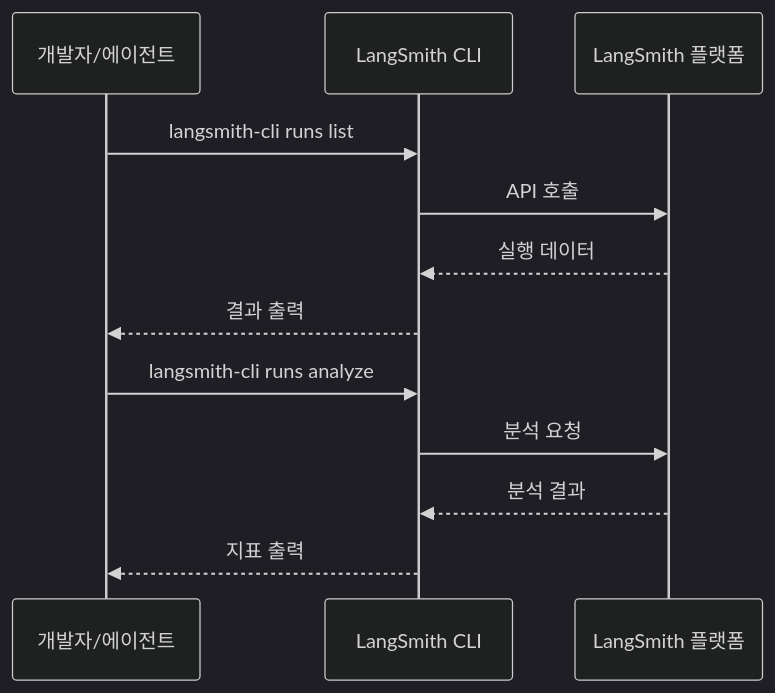
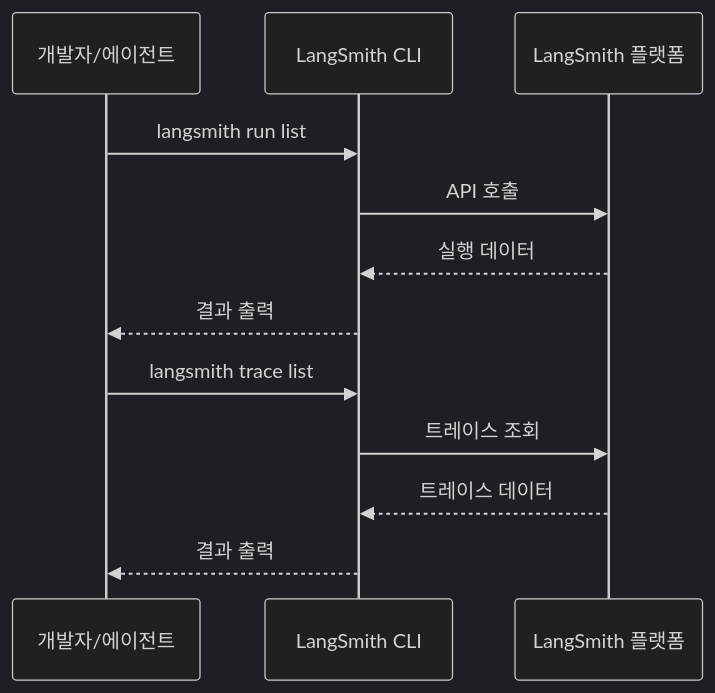
Before and after one commit to kimchanhyung98/agentic-workflows: the first of 2 diagrams in docs/examples/langchain/02-langsmith-cli-skills.md, drawn with Mermaid (dark theme). The commit also changed other lines of this file and 2 other files, not shown here.

````diff
--- a/docs/examples/langchain/02-langsmith-cli-skills.md
+++ b/docs/examples/langchain/02-langsmith-cli-skills.md
@@ -35,16 +35,16 @@
 ```mermaid
 sequenceDiagram
     participant D as 개발자/에이전트
     participant CLI as LangSmith CLI
     participant LS as LangSmith 플랫폼
 
-    D->>CLI: langsmith-cli runs list
+    D->>CLI: langsmith run list
     CLI->>LS: API 호출
     LS-->>CLI: 실행 데이터
     CLI-->>D: 결과 출력
 
-    D->>CLI: langsmith-cli runs analyze
-    CLI->>LS: 분석 요청
-    LS-->>CLI: 분석 결과
-    CLI-->>D: 지표 출력
+    D->>CLI: langsmith trace list
+    CLI->>LS: 트레이스 조회
+    LS-->>CLI: 트레이스 데이터
+    CLI-->>D: 결과 출력
 ```
````
